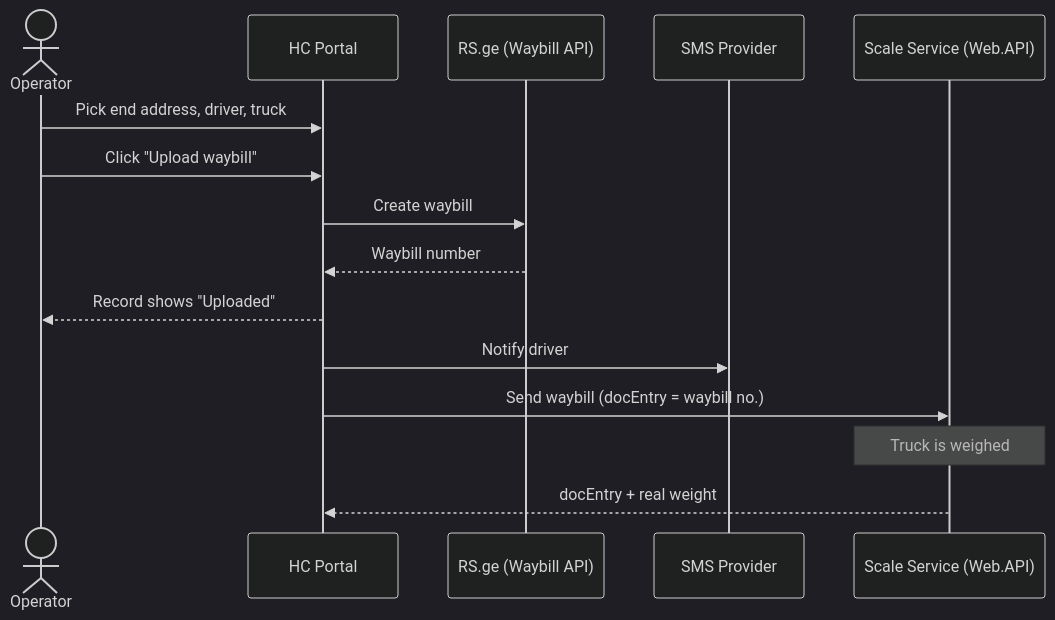
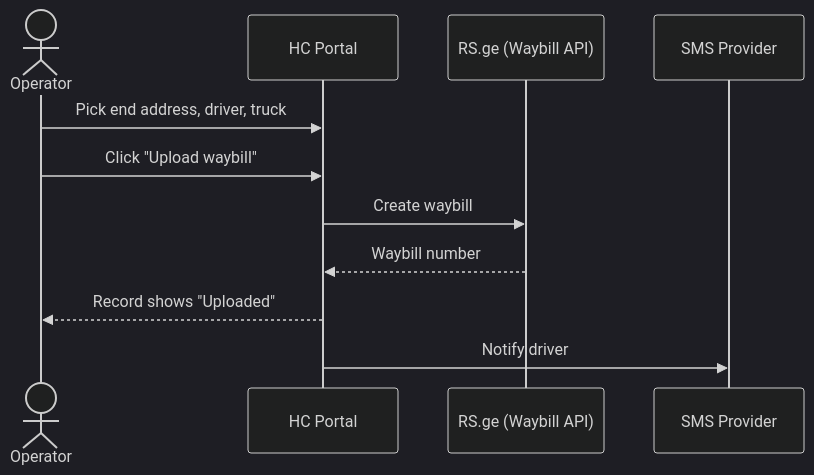
One commit to nlortkipa/hc-waybills changed the first of 2 diagrams in README.md. Above: the diagram before and after it, drawn with Mermaid (dark theme). The commit also changed other lines of this file and 40 other files, not shown here.

First line of the commit message:
Drop the Scale Service, log in by phone, offer the APK on mobile

````diff
--- a/README.md
+++ b/README.md
@@ -7,18 +7,14 @@
 ```mermaid
 sequenceDiagram
     actor Op as Operator
     participant App as HC Portal
     participant RS as RS.ge (Waybill API)
     participant SMS as SMS Provider
-    participant Scale as Scale Service (Web.API)
 
     Op->>App: Pick end address, driver, truck
     Op->>App: Click "Upload waybill"
     App->>RS: Create waybill
     RS-->>App: Waybill number
     App-->>Op: Record shows "Uploaded"
     App->>SMS: Notify driver
-    App->>Scale: Send waybill (docEntry = waybill no.)
-    Note over Scale: Truck is weighed
-    Scale-->>App: docEntry + real weight
 ```
````
